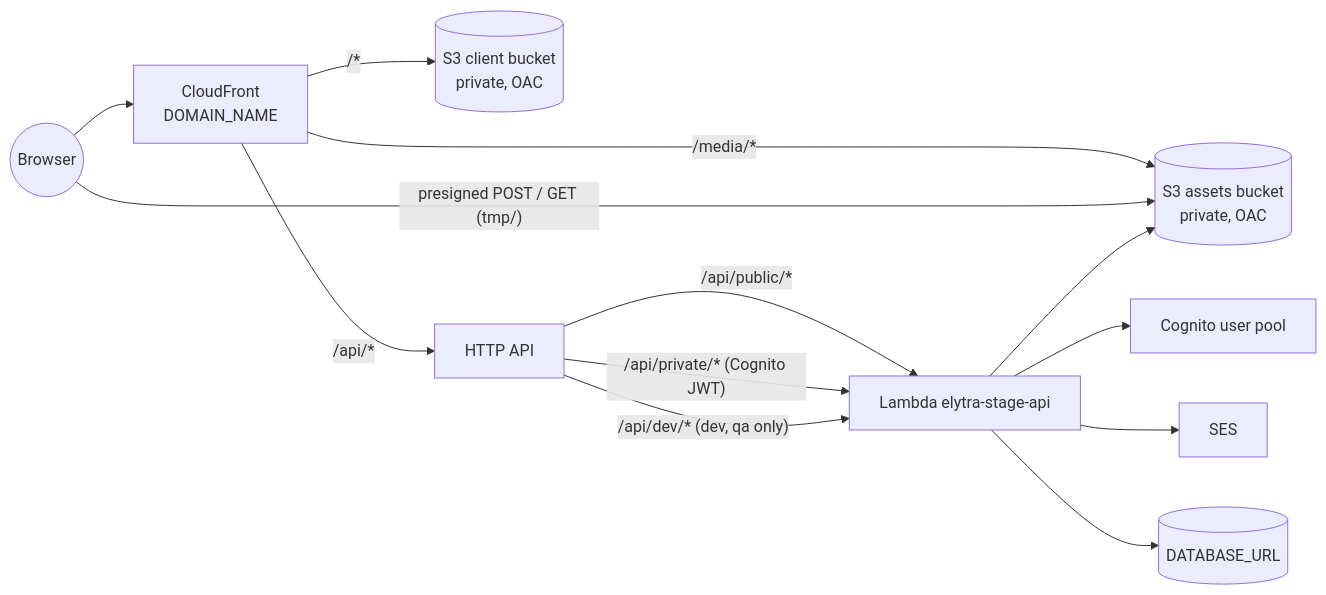
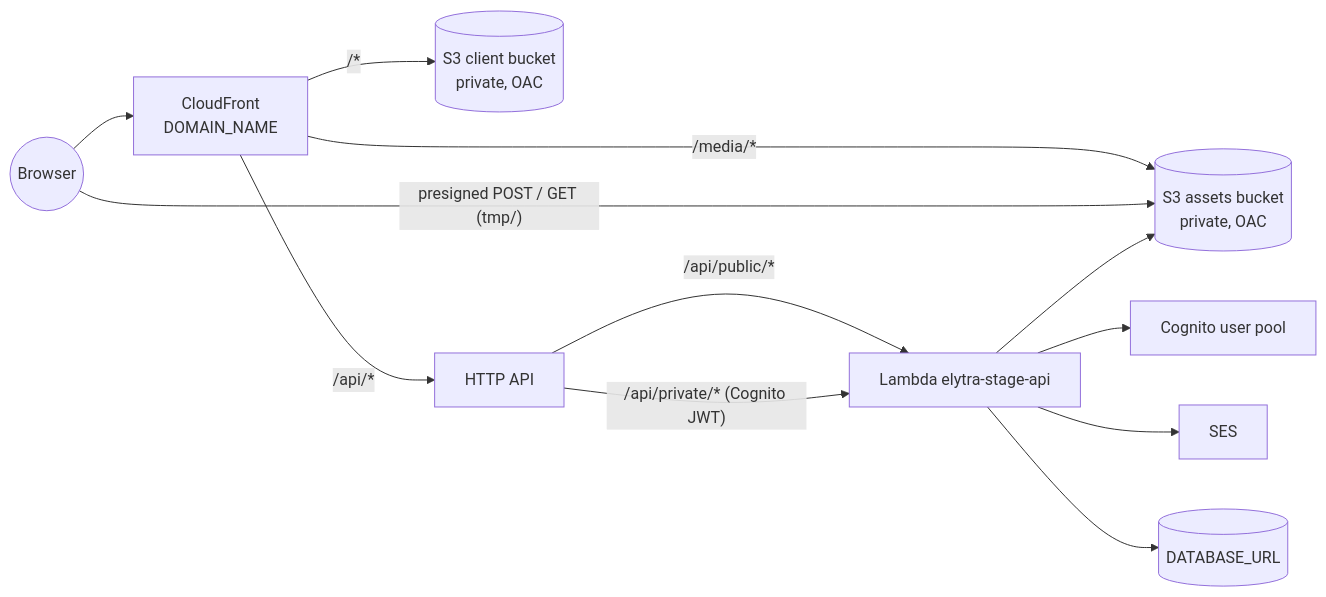
Before and after one commit to shalev396/Elytra: the diagram in docs/infrastructure.md, drawn with Mermaid. The commit also changed other lines of this file and 45 other files, not shown here.

````diff
--- a/docs/infrastructure.md
+++ b/docs/infrastructure.md
@@ -9,15 +9,14 @@
 ```mermaid
 flowchart LR
   user((Browser)) --> cf[CloudFront<br/>DOMAIN_NAME]
   cf -- "/*" --> client[(S3 client bucket<br/>private, OAC)]
   cf -- "/media/*" --> assets[(S3 assets bucket<br/>private, OAC)]
   user -- "presigned POST / GET (tmp/)" --> assets
   cf -- "/api/*" --> api[HTTP API]
   api -- "/api/public/*" --> fn[Lambda elytra-stage-api]
   api -- "/api/private/* (Cognito JWT)" --> fn
-  api -- "/api/dev/* (dev, qa only)" --> fn
   fn --> cognito[Cognito user pool]
   fn --> assets
   fn --> ses[SES]
   fn --> db[(DATABASE_URL)]
 ```
````
